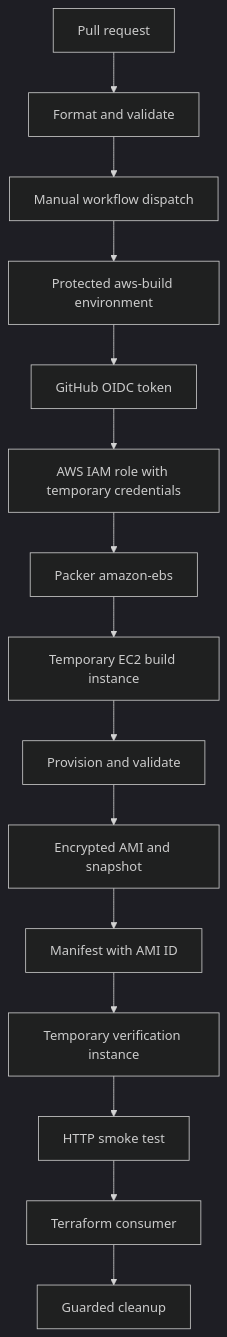
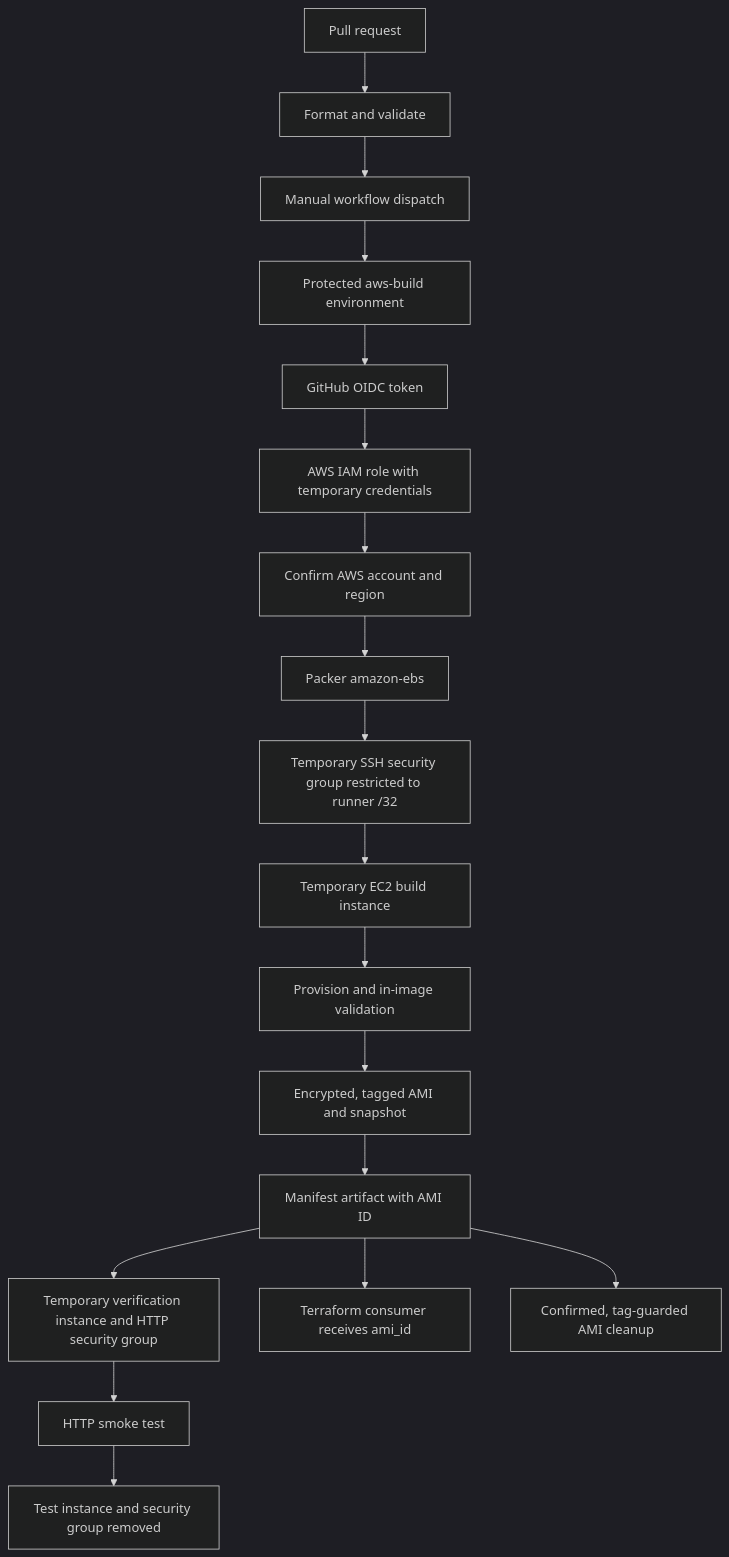
One commit to jeevanm84/packer-aws-golden-image-pipeline changed the fourth of 5 diagrams in docs/ARCHITECTURE.md. Above: the diagram before and after it, drawn with Mermaid (dark theme). The commit also changed other lines of this file and 2 other files, not shown here.

Commit message:
docs: add architecture and code flow guides (#2)

````diff
--- a/docs/ARCHITECTURE.md
+++ b/docs/ARCHITECTURE.md
@@ -16,17 +56,20 @@
 ```mermaid
 flowchart TD
     PR[Pull request] --> V[Format and validate]
     V --> M[Manual workflow dispatch]
     M --> E[Protected aws-build environment]
     E --> O[GitHub OIDC token]
     O --> R[AWS IAM role with temporary credentials]
-    R --> P[Packer amazon-ebs]
-    P --> B[Temporary EC2 build instance]
-    B --> C[Provision and validate]
-    C --> A[Encrypted AMI and snapshot]
-    A --> J[Manifest with AMI ID]
-    J --> X[Temporary verification instance]
+    R --> ID[Confirm AWS account and region]
+    ID --> P[Packer amazon-ebs]
+    P --> SG[Temporary SSH security group restricted to runner /32]
+    SG --> B[Temporary EC2 build instance]
+    B --> C[Provision and in-image validation]
+    C --> A[Encrypted, tagged AMI and snapshot]
+    A --> J[Manifest artifact with AMI ID]
+    J --> X[Temporary verification instance and HTTP security group]
     X --> H[HTTP smoke test]
-    H --> T[Terraform consumer]
-    T --> D[Guarded cleanup]
+    H --> Z[Test instance and security group removed]
+    J --> T[Terraform consumer receives ami_id]
+    J --> D[Confirmed, tag-guarded AMI cleanup]
 ```
````
